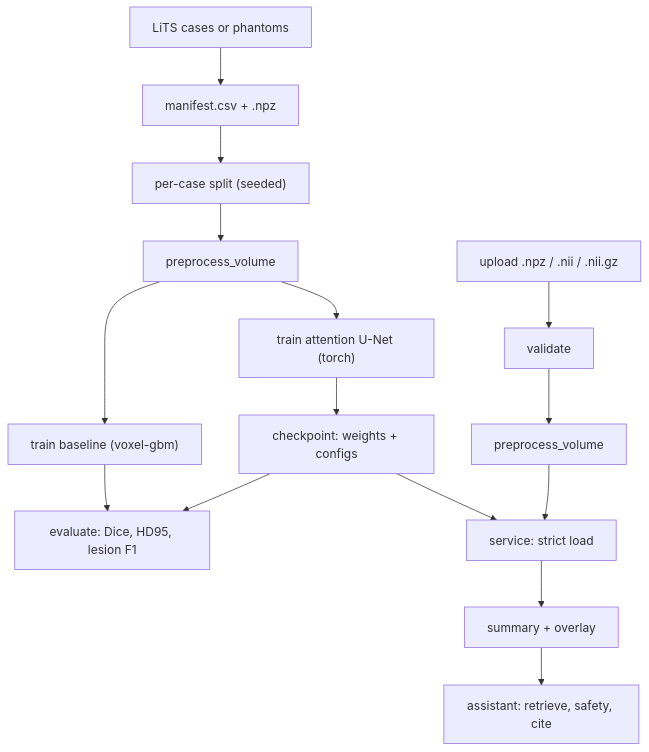
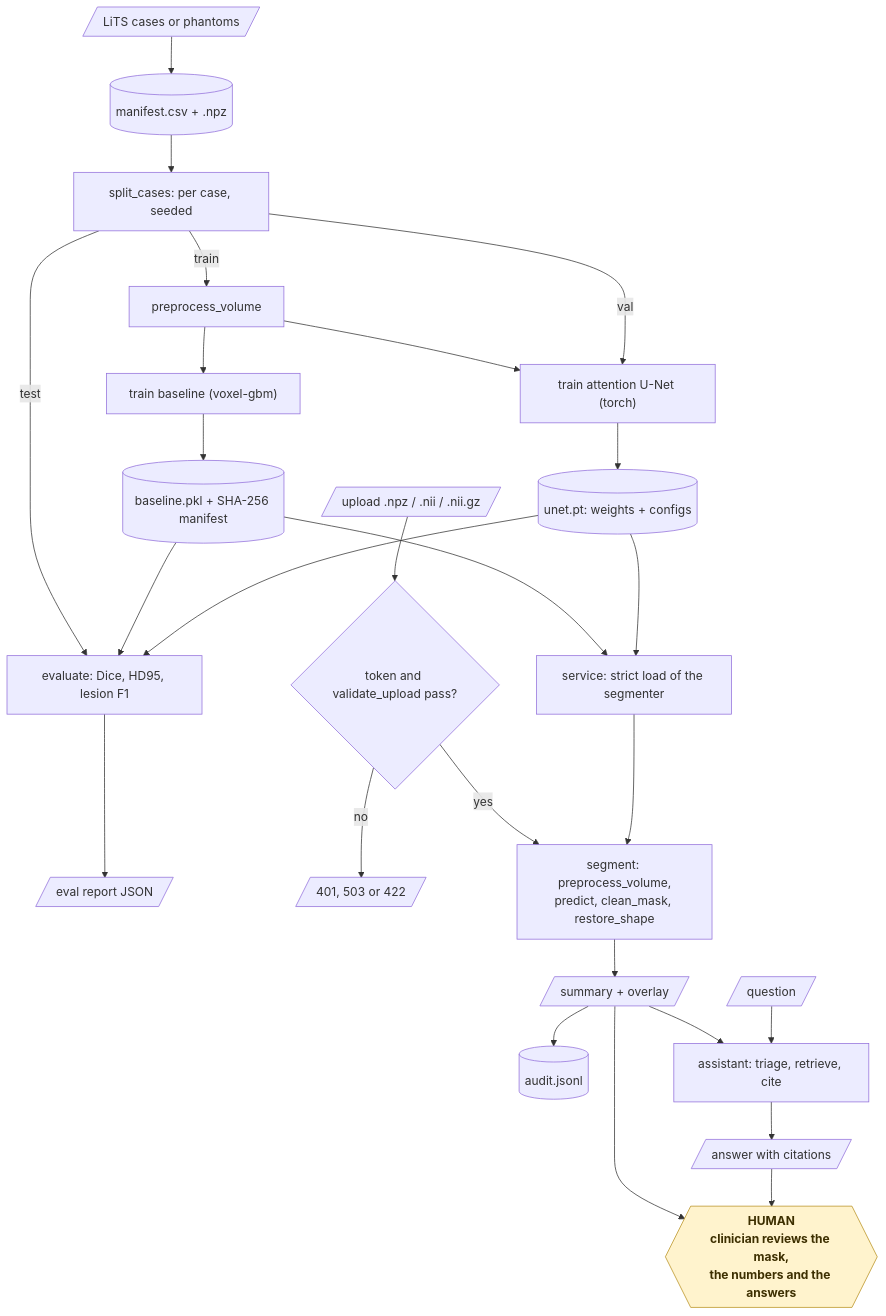
Before and after one commit to KrishnaAnnavaram/hepatoscan: the fifth of 17 diagrams in README.md, drawn with Mermaid. The commit also changed other lines of this file, not shown here.

Commit message:
Add the workflow diagrams to the README

````diff
--- a/README.md
+++ b/README.md
@@ -204,15 +285,31 @@
 ```mermaid
-flowchart TB
-    SRC["LiTS cases or phantoms"] --> MAN["manifest.csv + .npz"]
-    MAN --> SPLIT["per-case split (seeded)"]
-    SPLIT --> PRE["preprocess_volume"]
+flowchart TD
+    SRC[/"LiTS cases or phantoms"/] --> MAN[("manifest.csv + .npz")]
+    MAN --> SPLIT["split_cases: per case, seeded"]
+    SPLIT -- "train" --> PRE["preprocess_volume"]
     PRE --> TB["train baseline (voxel-gbm)"]
     PRE --> TU["train attention U-Net (torch)"]
-    TB --> EV["evaluate: Dice, HD95, lesion F1"]
-    TU --> CK["checkpoint: weights + configs"]
+    SPLIT -- "val" --> TU
+    TB --> PKL[("baseline.pkl + SHA-256 manifest")]
+    TU --> CK[("unet.pt: weights + configs")]
+    SPLIT -- "test" --> EV["evaluate: Dice, HD95, lesion F1"]
+    PKL --> EV
     CK --> EV
-    CK --> SRV["service: strict load"]
-    UP["upload .npz / .nii / .nii.gz"] --> VAL["validate"] --> PRE2["preprocess_volume"] --> SRV
-    SRV --> SUM["summary + overlay"]
-    SUM --> AS["assistant: retrieve, safety, cite"]
+    EV --> REP[/"eval report JSON"/]
+    PKL --> SRV["service: strict load of the segmenter"]
+    CK --> SRV
+    UP[/"upload .npz / .nii / .nii.gz"/] --> VAL{"token and validate_upload pass?"}
+    VAL -- "no" --> REJ[/"401, 503 or 422"/]
+    VAL -- "yes" --> SEG["segment: preprocess_volume,<br/>predict, clean_mask, restore_shape"]
+    SRV --> SEG
+    SEG --> SUM[/"summary + overlay"/]
+    SUM --> AUD[("audit.jsonl")]
+    SUM --> AS["assistant: triage, retrieve, cite"]
+    Q[/"question"/] --> AS
+    AS --> ANS[/"answer with citations"/]
+    SUM --> HUMAN{{"HUMAN<br/>clinician reviews the mask,<br/>the numbers and the answers"}}
+    ANS --> HUMAN
+
+    classDef human fill:#fff3cd,stroke:#b8901f,color:#3d2f00,font-weight:bold
+    class HUMAN human
 ```
````
